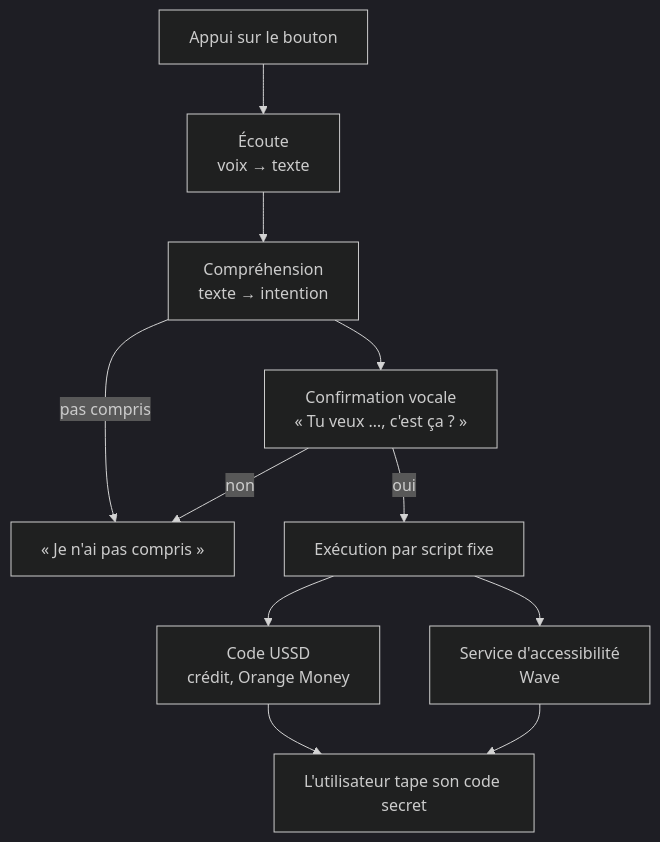
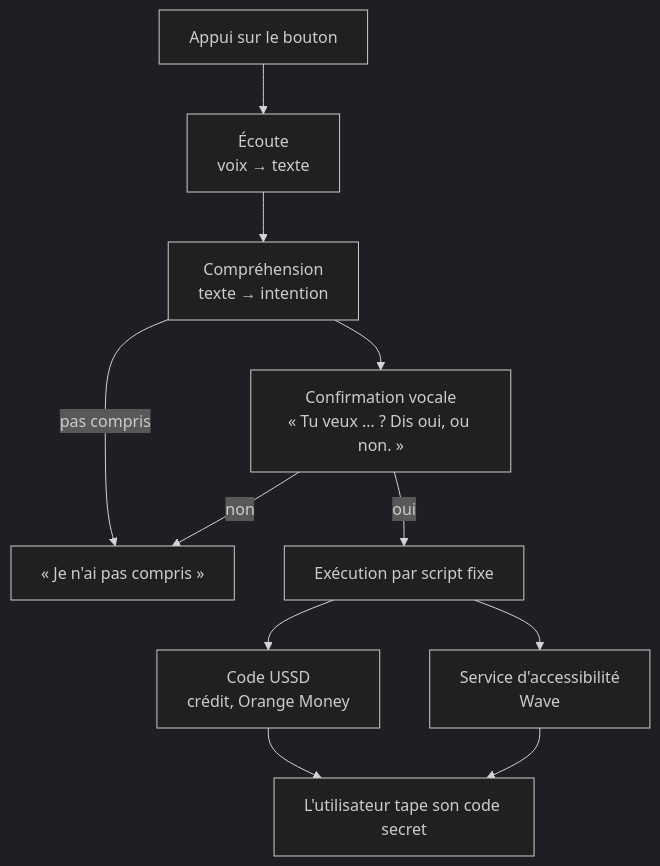
Before and after one commit to sambsoda560-netizen/Japalle: the diagram in ARCHITECTURE.md, drawn with Mermaid (dark theme). The commit also changed other lines of this file and 17 other files, not shown here.

````diff
--- a/ARCHITECTURE.md
+++ b/ARCHITECTURE.md
@@ -9,13 +9,13 @@
 ```mermaid
 flowchart TD
     A[Appui sur le bouton] --> B[Écoute<br/>voix → texte]
     B --> C[Compréhension<br/>texte → intention]
     C -->|pas compris| A2[« Je n'ai pas compris »]
-    C --> D[Confirmation vocale<br/>« Tu veux …, c'est ça ? »]
+    C --> D[Confirmation vocale<br/>« Tu veux … ? Dis oui, ou non. »]
     D -->|non| A2
     D -->|oui| E[Exécution par script fixe]
     E --> F1[Code USSD<br/>crédit, Orange Money]
     E --> F2[Service d'accessibilité<br/>Wave]
     F1 --> G[L'utilisateur tape son code secret]
     F2 --> G
 ```
````
